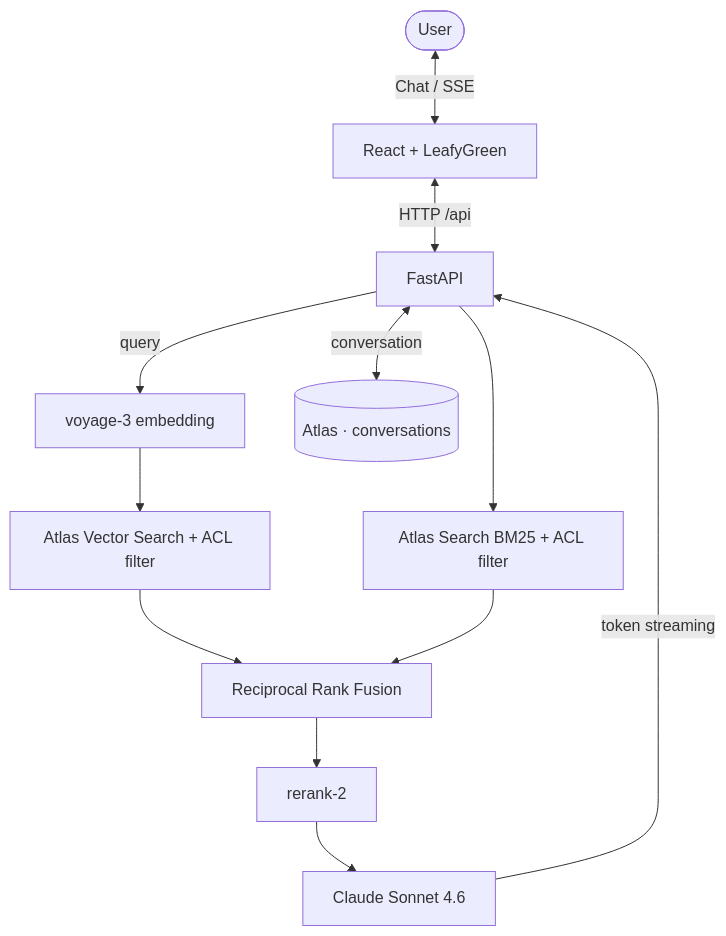
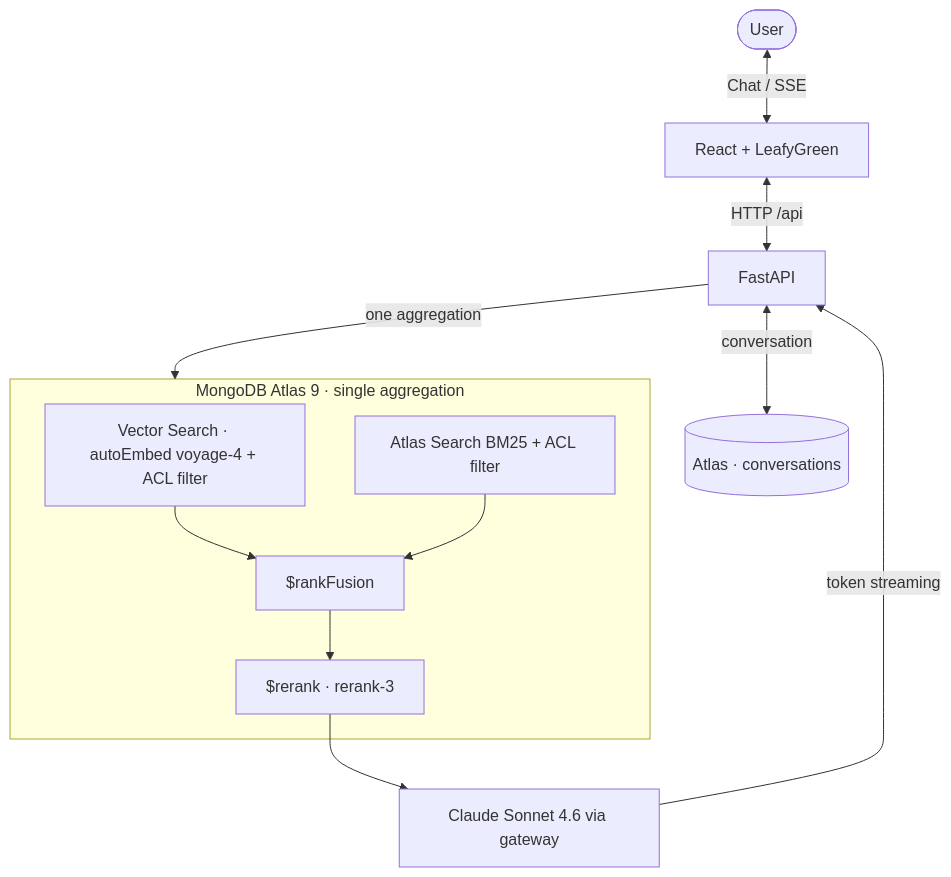
Before and after one commit to adrianofratelli-glitch/atlas-rag-multitenant: the diagram in README.md, drawn with Mermaid. The commit also changed other lines of this file and 3 other files, not shown here.

````diff
--- a/README.md
+++ b/README.md
@@ -33,14 +33,18 @@
 ```mermaid
 graph TD
     User([User]) <-->|Chat / SSE| UI[React + LeafyGreen]
     UI <-->|HTTP /api| API[FastAPI]
-    API -->|query| EMB[voyage-3 embedding]
-    EMB --> VS[Atlas Vector Search + ACL filter]
-    API --> LX[Atlas Search BM25 + ACL filter]
-    VS --> RRF[Reciprocal Rank Fusion]
-    LX --> RRF
-    RRF --> RNK[rerank-2]
-    RNK --> LLM[Claude Sonnet 4.6]
+    API -->|one aggregation| AGG
+    subgraph AGG[MongoDB Atlas 9 · single aggregation]
+        VS[Vector Search · autoEmbed voyage-4 + ACL filter]
+        LX[Atlas Search BM25 + ACL filter]
+        RRF[$rankFusion]
+        RNK[$rerank · rerank-3]
+        VS --> RRF
+        LX --> RRF
+        RRF --> RNK
+    end
+    RNK --> LLM[Claude Sonnet 4.6 via gateway]
     LLM -->|token streaming| API
     API <-->|conversation| MDB[(Atlas · conversations)]
 ```
````
